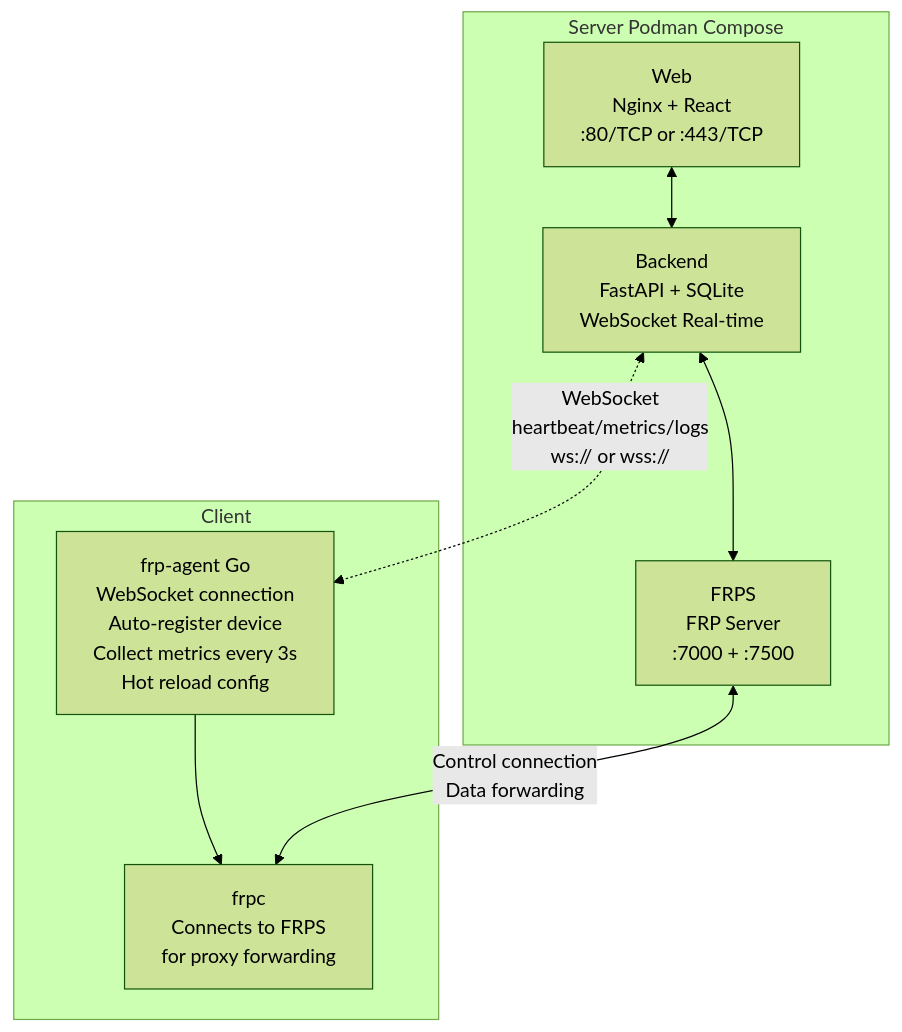
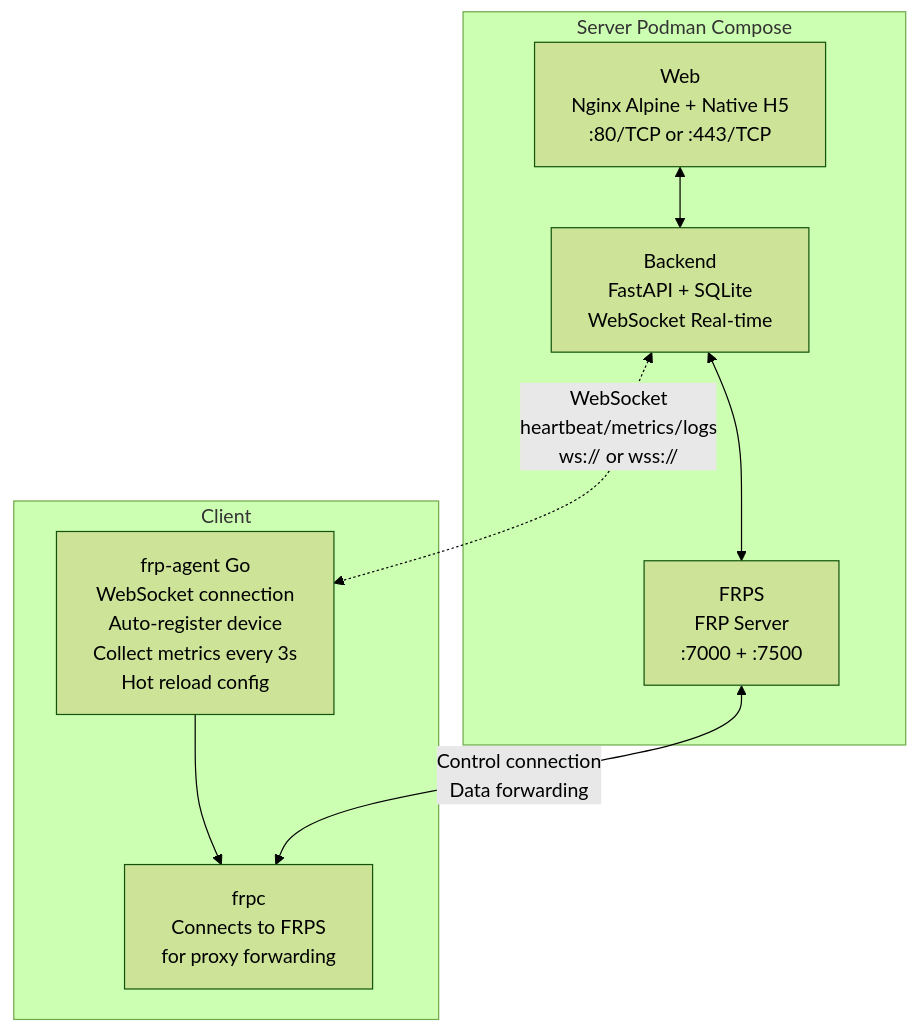
The diagram in README.en.md (GreenhandTan/FRP-ALL-IN-ONE), drawn with Mermaid (forest theme) before and after one commit. The commit also changed other lines of this file and 2 other files, not shown here.

````diff
--- a/README.en.md
+++ b/README.en.md
@@ -111,19 +142,19 @@
 ```mermaid
 flowchart TB
     subgraph Server["Server Podman Compose"]
-        Web["Web<br/>Nginx + React<br/>:80/TCP or :443/TCP"]
+        Web["Web<br/>Nginx Alpine + Native H5<br/>:80/TCP or :443/TCP"]
         Backend["Backend<br/>FastAPI + SQLite<br/>WebSocket Real-time"]
         FRPS["FRPS<br/>FRP Server<br/>:7000 + :7500"]
         Web <--> Backend
         Backend <--> FRPS
     end
 
     subgraph Client["Client"]
         Agent["frp-agent Go<br/>WebSocket connection<br/>Auto-register device<br/>Collect metrics every 3s<br/>Hot reload config"]
         FRPC["frpc<br/>Connects to FRPS<br/>for proxy forwarding"]
         Agent --> FRPC
     end
 
     Backend <-.->|"WebSocket<br/>heartbeat/metrics/logs<br/>ws:// or wss://"| Agent
     FRPS <-->|"Control connection<br/>Data forwarding"| FRPC
 ```
````
